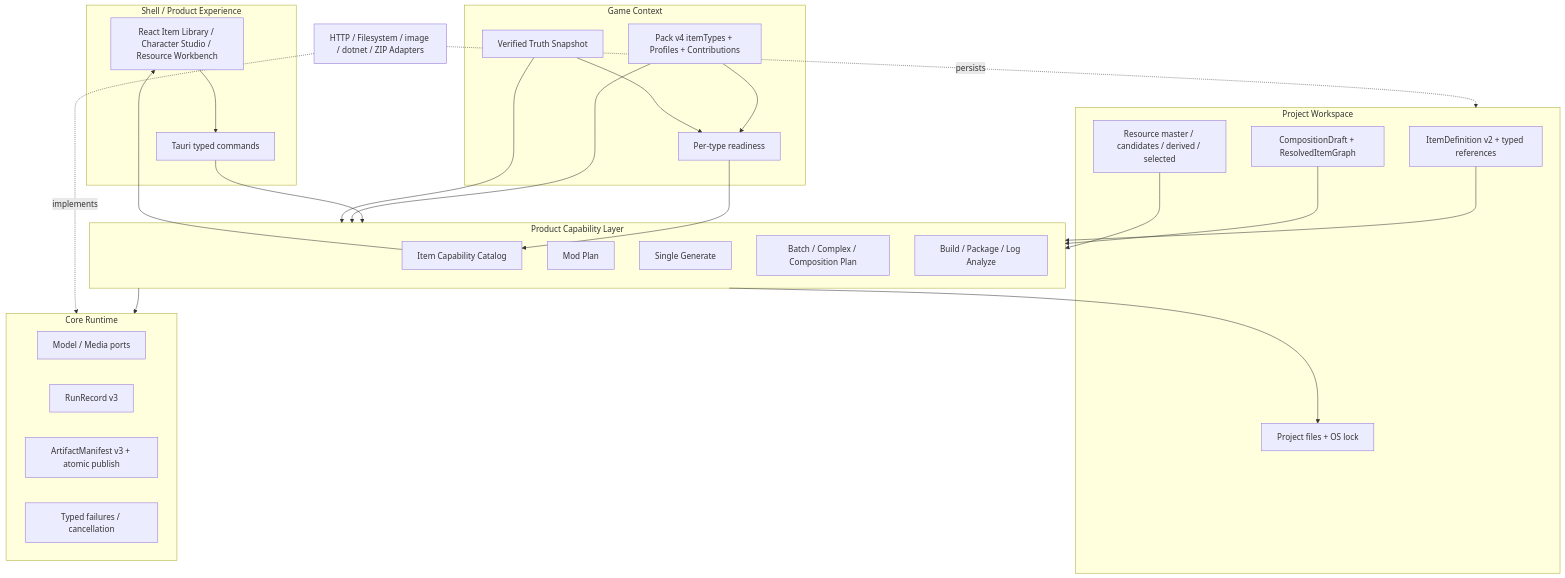
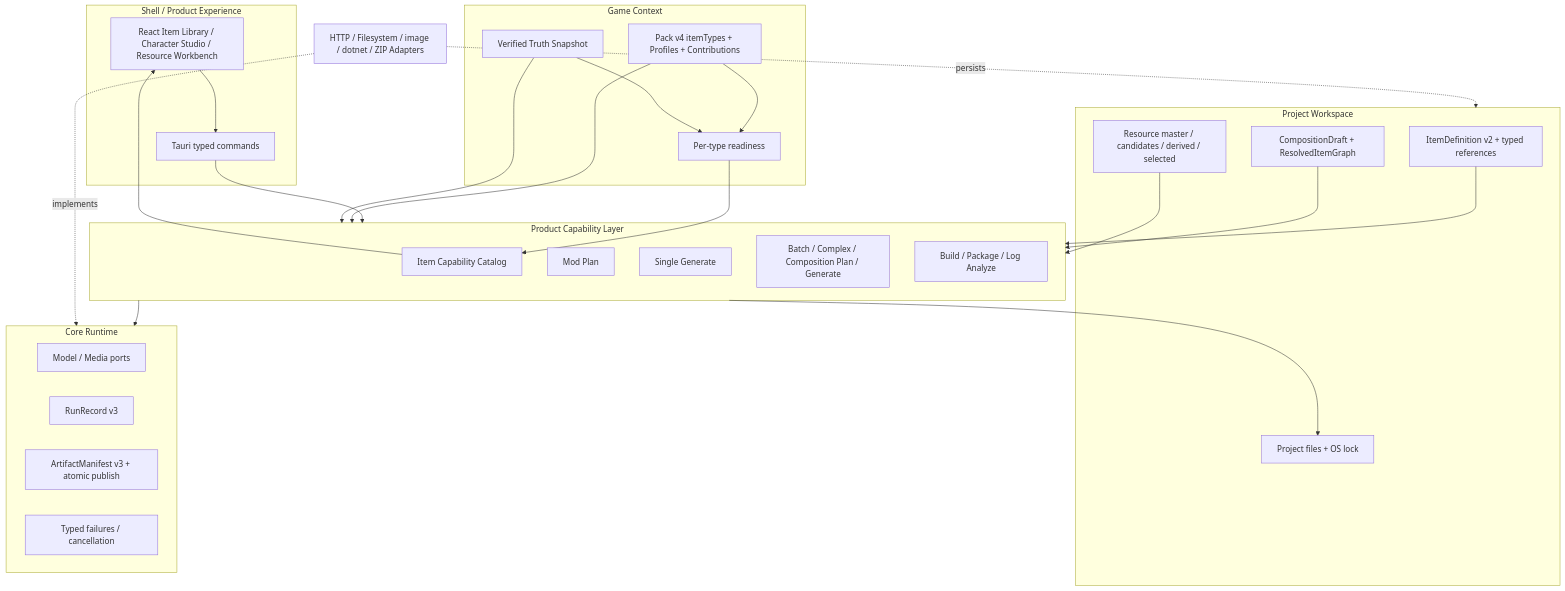
The first of 2 diagrams in docs/03-当前方案/当前方案.md (Frashmeat/AgentForSTS2), drawn with Mermaid before and after one commit. The commit also changed other lines of this file and 37 other files, not shown here.

````diff
--- a/docs/03-当前方案/当前方案.md
+++ b/docs/03-当前方案/当前方案.md
@@ -15,52 +15,52 @@
 ```mermaid
 flowchart TB
     subgraph Shell[Shell / Product Experience]
         React[React Item Library / Character Studio / Resource Workbench]
         Tauri[Tauri typed commands]
     end
 
     subgraph Capability[Product Capability Layer]
         Catalog[Item Capability Catalog]
         Plan[Mod Plan]
         Single[Single Generate]
-        Batch[Batch / Complex / Composition Plan]
+        Batch[Batch / Complex / Composition Plan / Generate]
         Build[Build / Package / Log Analyze]
     end
 
     subgraph Game[Game Context]
         Pack[Pack v4 itemTypes + Profiles + Contributions]
         Truth[Verified Truth Snapshot]
         Ready[Per-type readiness]
     end
 
     subgraph Workspace[Project Workspace]
         Items[ItemDefinition v2 + typed references]
         Drafts[CompositionDraft + ResolvedItemGraph]
         Resources[Resource master / candidates / derived / selected]
         Project[Project files + OS lock]
     end
 
     subgraph Core[Core Runtime]
         Model[Model / Media ports]
         Run[RunRecord v3]
         Artifact[ArtifactManifest v3 + atomic publish]
         Failure[Typed failures / cancellation]
     end
 
     Adapters[HTTP / Filesystem / image / dotnet / ZIP Adapters]
 
     Pack --> Ready
     Truth --> Ready
     Ready --> Catalog
     Catalog --> React
     React --> Tauri --> Capability
     Pack --> Capability
     Truth --> Capability
     Items --> Capability
     Drafts --> Capability
     Resources --> Capability
     Capability --> Core
     Capability --> Project
     Adapters -. implements .-> Core
     Adapters -. persists .-> Workspace
 ```
````
